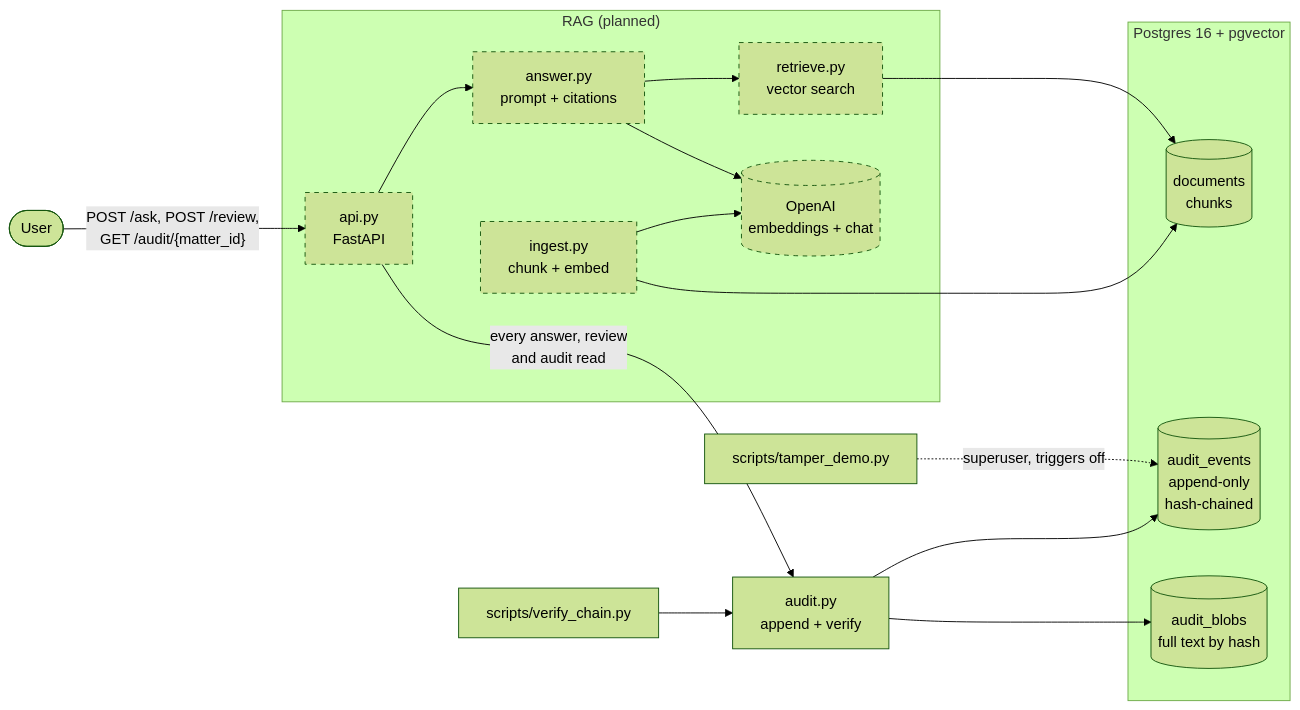
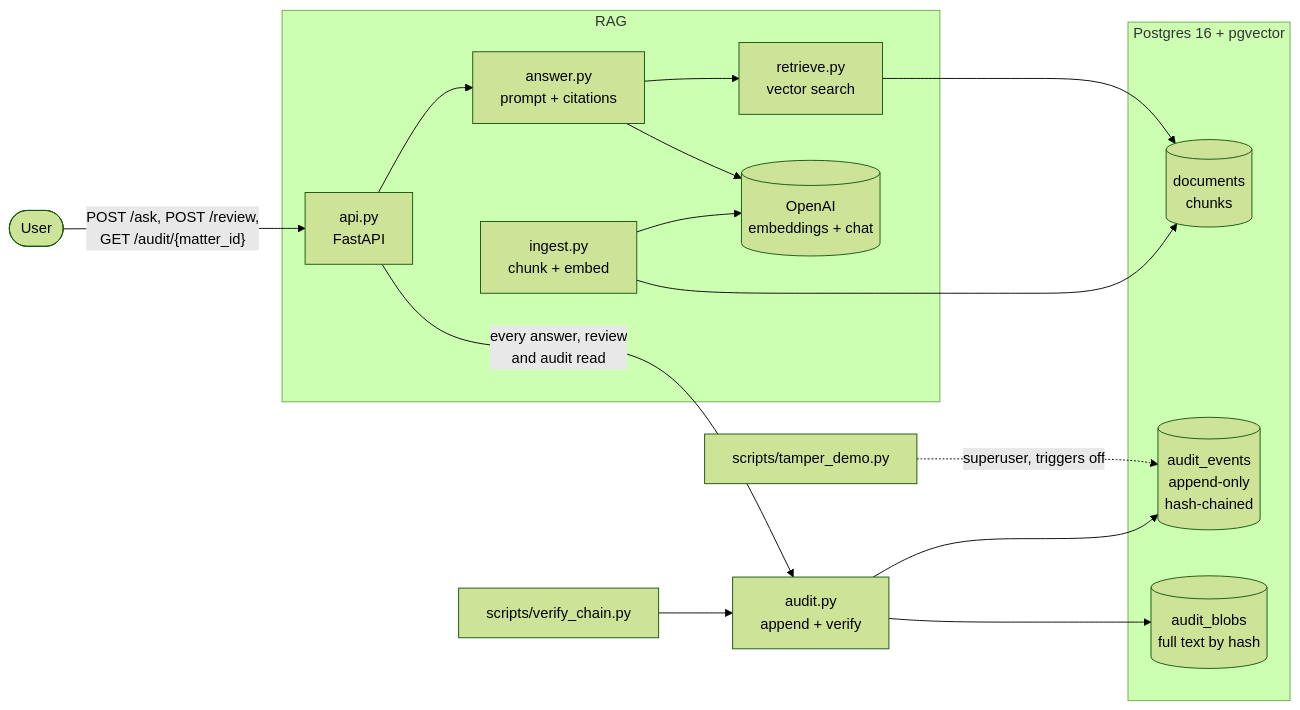
The first of 3 diagrams in README.md (Staceypy/auditable_rag), drawn with Mermaid (forest theme) before and after one commit. The commit also changed other lines of this file, not shown here.

````diff
--- a/README.md
+++ b/README.md
@@ -15,30 +11,27 @@
 ```mermaid
 flowchart LR
     user([User]) -->|"POST /ask, POST /review,<br/>GET /audit/{matter_id}"| api["api.py<br/>FastAPI"]
 
-    subgraph rag ["RAG (planned)"]
+    subgraph rag ["RAG"]
         api --> answer["answer.py<br/>prompt + citations"]
         answer --> retrieve["retrieve.py<br/>vector search"]
         ingest["ingest.py<br/>chunk + embed"]
         openai[("OpenAI<br/>embeddings + chat")]
         answer --> openai
         ingest --> openai
     end
 
     subgraph db ["Postgres 16 + pgvector"]
         corpus[("documents<br/>chunks")]
         events[("audit_events<br/>append-only<br/>hash-chained")]
         blobs[("audit_blobs<br/>full text by hash")]
     end
 
     retrieve --> corpus
     ingest --> corpus
     api -->|"every answer, review<br/>and audit read"| audit["audit.py<br/>append + verify"]
     audit --> events
     audit --> blobs
     verify["scripts/verify_chain.py"] --> audit
     tamper["scripts/tamper_demo.py"] -.->|"superuser, triggers off"| events
-
-    classDef planned stroke-dasharray: 5 5
-    class api,answer,retrieve,ingest,openai planned
 ```
````
